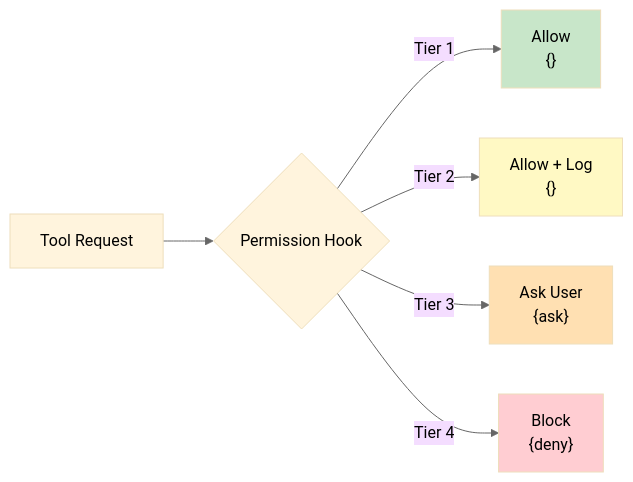
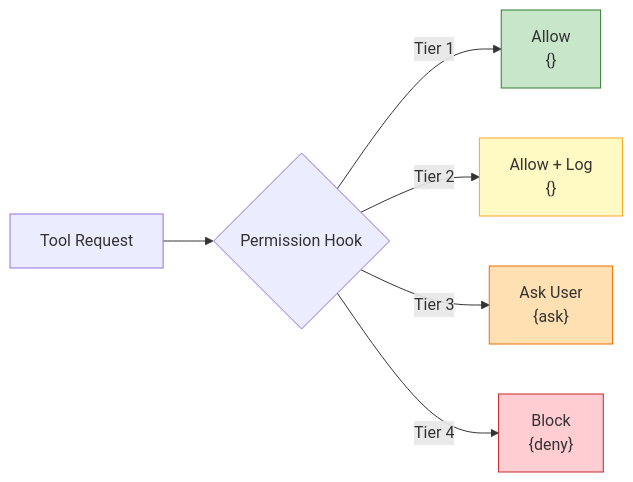
One commit to jawhnycooke/claude-in-the-shell changed the second of 3 diagrams in docs/architecture/agent-loop.md. Above: the diagram before and after it, drawn with Mermaid. The commit also changed other lines of this file and 2 other files, not shown here.

First line of the commit message:
Improve MkDocs theme with light mode default and cleaner Mermaid diagrams

````diff
--- a/docs/architecture/agent-loop.md
+++ b/docs/architecture/agent-loop.md
@@ -111,14 +111,14 @@
 ```mermaid
-%%{init: {'theme': 'base', 'themeVariables': { 'primaryTextColor': '#000', 'secondaryTextColor': '#000', 'tertiaryTextColor': '#000', 'lineColor': '#666'}}}%%
+%%{init: {'theme': 'default'}}%%
 flowchart LR
     REQ[Tool Request] --> HOOK{Permission Hook}
     HOOK -->|Tier 1| AUTO["Allow<br/>{}"]
     HOOK -->|Tier 2| NOTIFY["Allow + Log<br/>{}"]
     HOOK -->|Tier 3| CONFIRM["Ask User<br/>{ask}"]
     HOOK -->|Tier 4| BLOCK["Block<br/>{deny}"]
 
-    style AUTO fill:#c8e6c9
-    style NOTIFY fill:#fff9c4
-    style CONFIRM fill:#ffe0b2
-    style BLOCK fill:#ffcdd2
+    style AUTO fill:#c8e6c9,stroke:#2e7d32
+    style NOTIFY fill:#fff9c4,stroke:#f9a825
+    style CONFIRM fill:#ffe0b2,stroke:#ef6c00
+    style BLOCK fill:#ffcdd2,stroke:#c62828
 ```
````
